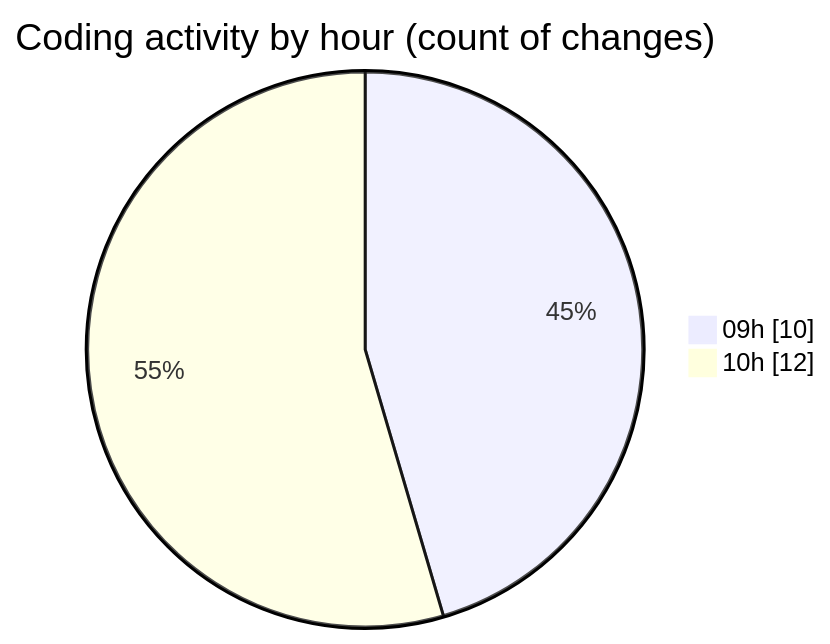
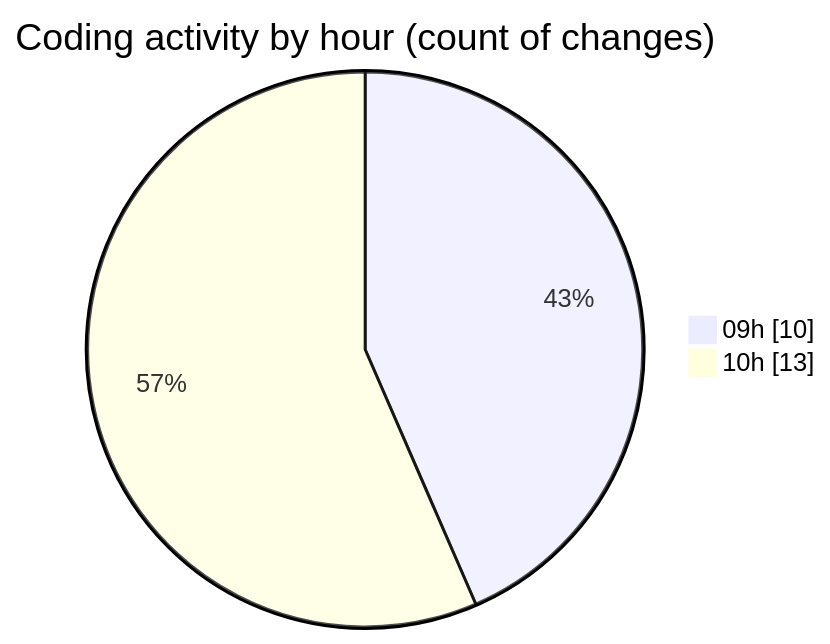
Before and after one commit to momahboobian/code-tracking: the second of 2 diagrams in 2025-09-02/cda/README.md, drawn with Mermaid. The commit also changed other lines of this file and 1 other file, not shown here.

````diff
--- a/2025-09-02/cda/README.md
+++ b/2025-09-02/cda/README.md
@@ -32,6 +32,6 @@
 ```mermaid
 pie showData
 title Coding activity by hour (count of changes)
 "09h" : 10
-"10h" : 12
+"10h" : 13
 ```
````
